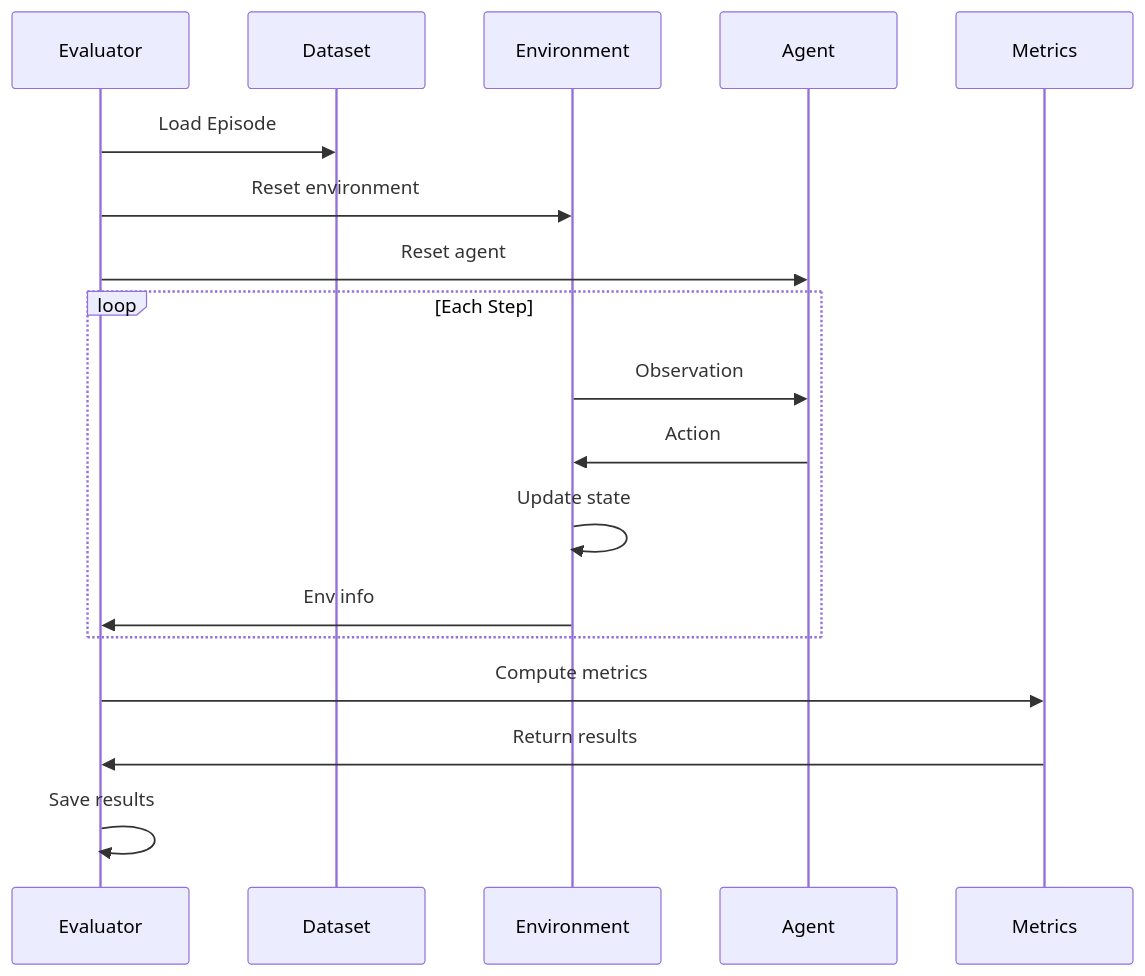
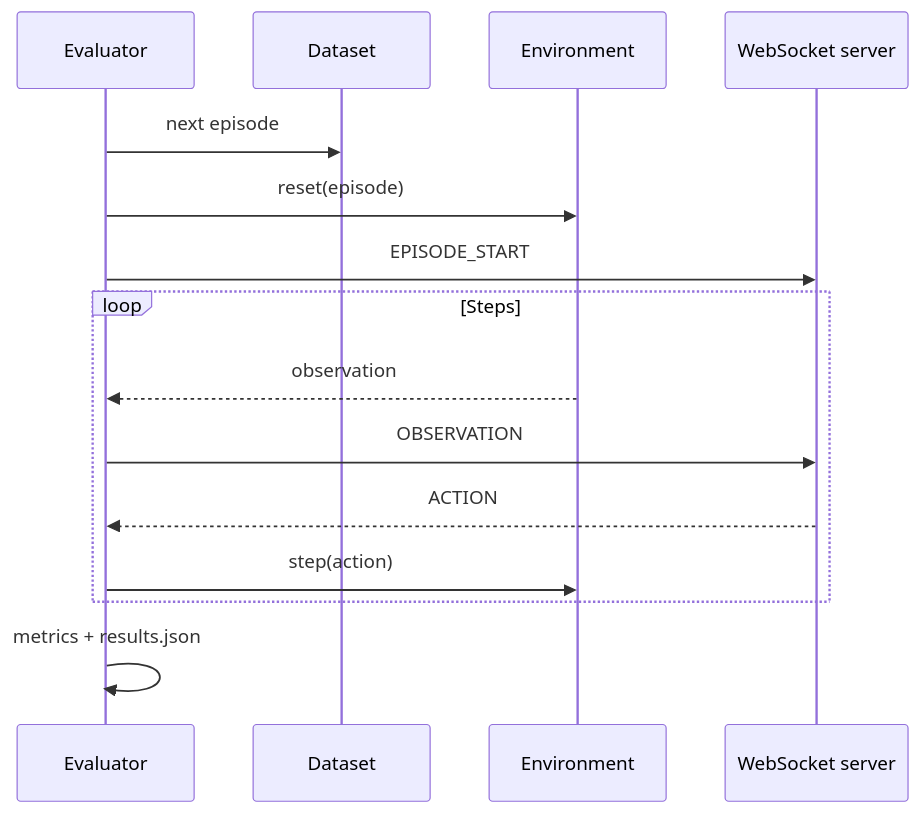
One commit to EI-Nav/NavArena-Doc changed the second of 2 diagrams in docs/navarena-bench/index.md. Above: the diagram before and after it, drawn with Mermaid. The commit also changed other lines of this file and 28 other files, not shown here.

````diff
--- a/docs/navarena-bench/index.md
+++ b/docs/navarena-bench/index.md
@@ -110,23 +58,17 @@
 ```mermaid
 sequenceDiagram
     participant Eval as Evaluator
     participant Dataset as Dataset
     participant Env as Environment
-    participant Agent as Agent
-    participant Metrics as Metrics
-    
-    Eval->>Dataset: Load Episode
-    Eval->>Env: Reset environment
-    Eval->>Agent: Reset agent
-    
-    loop Each Step
-        Env->>Agent: Observation
-        Agent->>Env: Action
-        Env->>Env: Update state
-        Env->>Eval: Env info
+    participant Conn as WebSocket server
+    Eval->>Dataset: next episode
+    Eval->>Env: reset(episode)
+    Eval->>Conn: EPISODE_START
+    loop Steps
+        Env-->>Eval: observation
+        Eval->>Conn: OBSERVATION
+        Conn-->>Eval: ACTION
+        Eval->>Env: step(action)
     end
-    
-    Eval->>Metrics: Compute metrics
-    Metrics->>Eval: Return results
-    Eval->>Eval: Save results
+    Eval->>Eval: metrics + results.json
 ```
````
